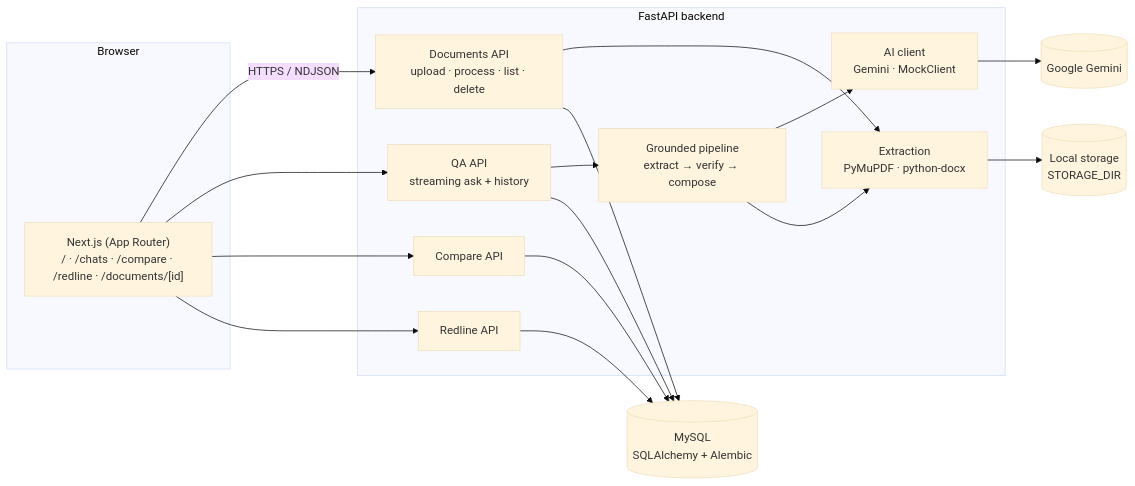
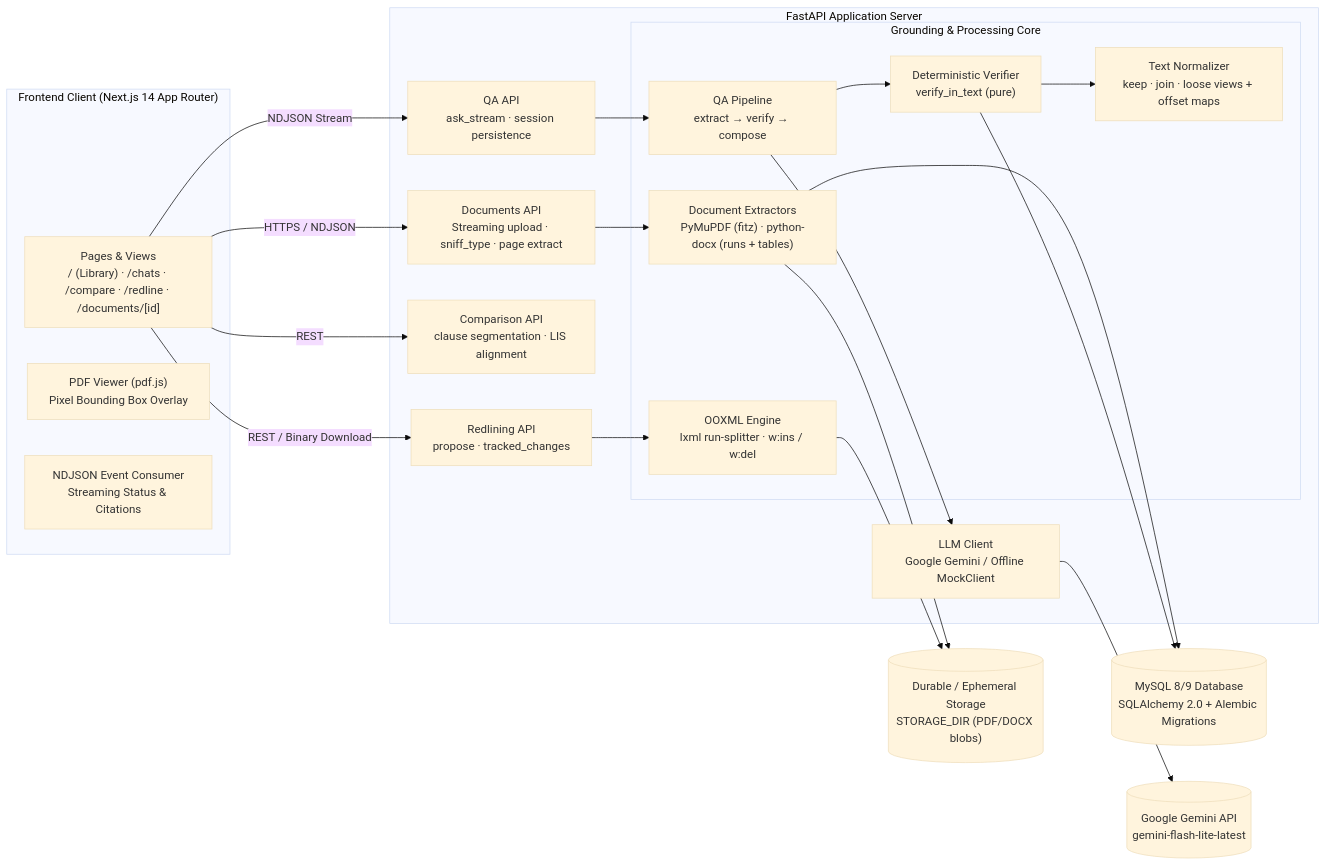
The first of 4 diagrams in README.md (VishalRajExe/verbatim-demo), drawn with Mermaid (base theme) before and after one commit. The commit also changed other lines of this file, not shown here.

Commit message:
docs: expand README with tech stacks, working functions, and deep architectural Q&A

````diff
--- a/README.md
+++ b/README.md
@@ -98,32 +39,45 @@
 ```mermaid
 flowchart LR
-  subgraph Client["Browser"]
-    UI["Next.js (App Router)<br/>/ · /chats · /compare · /redline · /documents/[id]"]
+  subgraph Client["Frontend Client (Next.js 14 App Router)"]
+    UI["Pages & Views<br/>/ (Library) · /chats · /compare · /redline · /documents/[id]"]
+    PDFV["PDF Viewer (pdf.js)<br/>Pixel Bounding Box Overlay"]
+    STREAM["NDJSON Event Consumer<br/>Streaming Status & Citations"]
   end
 
-  subgraph Backend["FastAPI backend"]
-    DOC["Documents API<br/>upload · process · list · delete"]
-    QA["QA API<br/>streaming ask + history"]
-    CMP["Compare API"]
-    RDL["Redline API"]
-    PIPE["Grounded pipeline<br/>extract → verify → compose"]
-    LLM["AI client<br/>Gemini · MockClient"]
-    EXT["Extraction<br/>PyMuPDF · python-docx"]
+  subgraph Backend["FastAPI Application Server"]
+    DOC_API["Documents API<br/>Streaming upload · sniff_type · page extract"]
+    QA_API["QA API<br/>ask_stream · session persistence"]
+    CMP_API["Comparison API<br/>clause segmentation · LIS alignment"]
+    RDL_API["Redlining API<br/>propose · tracked_changes"]
+    
+    subgraph Engine["Grounding & Processing Core"]
+      PIPE["QA Pipeline<br/>extract → verify → compose"]
+      NORM["Text Normalizer<br/>keep · join · loose views + offset maps"]
+      VERIF["Deterministic Verifier<br/>verify_in_text (pure)"]
+      EXT["Document Extractors<br/>PyMuPDF (fitz) · python-docx (runs + tables)"]
+      OOXML["OOXML Engine<br/>lxml run-splitter · w:ins / w:del"]
+    end
+
+    LLM["LLM Client<br/>Google Gemini / Offline MockClient"]
   end
 
-  DB[("MySQL<br/>SQLAlchemy + Alembic")]
-  FS[("Local storage<br/>STORAGE_DIR")]
-  G[("Google Gemini")]
+  DB[("MySQL 8/9 Database<br/>SQLAlchemy 2.0 + Alembic Migrations")]
+  FS[("Durable / Ephemeral Storage<br/>STORAGE_DIR (PDF/DOCX blobs)")]
+  GEMINI[("Google Gemini API<br/>gemini-flash-lite-latest")]
 
-  UI -->|"HTTPS / NDJSON"| DOC
-  UI --> QA
-  UI --> CMP
-  UI --> RDL
-  QA --> PIPE --> LLM --> G
-  PIPE --> EXT
-  DOC --> EXT --> FS
-  DOC --> DB
-  QA --> DB
-  CMP --> DB
-  RDL --> DB
+  UI -->|"HTTPS / NDJSON"| DOC_API
+  UI -->|"NDJSON Stream"| QA_API
+  UI -->|"REST"| CMP_API
+  UI -->|"REST / Binary Download"| RDL_API
+  
+  DOC_API --> EXT
+  EXT --> DB
+  EXT --> FS
+  QA_API --> PIPE
+  PIPE --> LLM --> GEMINI
+  PIPE --> VERIF
+  VERIF --> NORM
+  VERIF --> DB
+  RDL_API --> OOXML
+  OOXML --> FS
 ```
````
